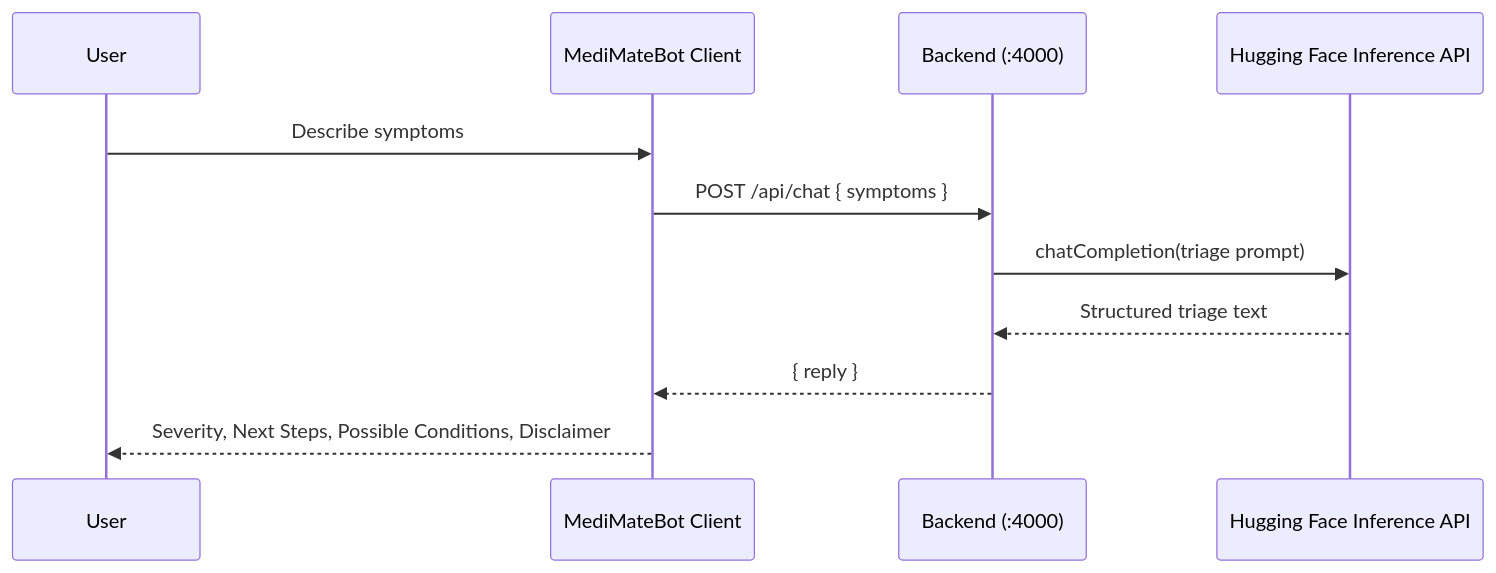
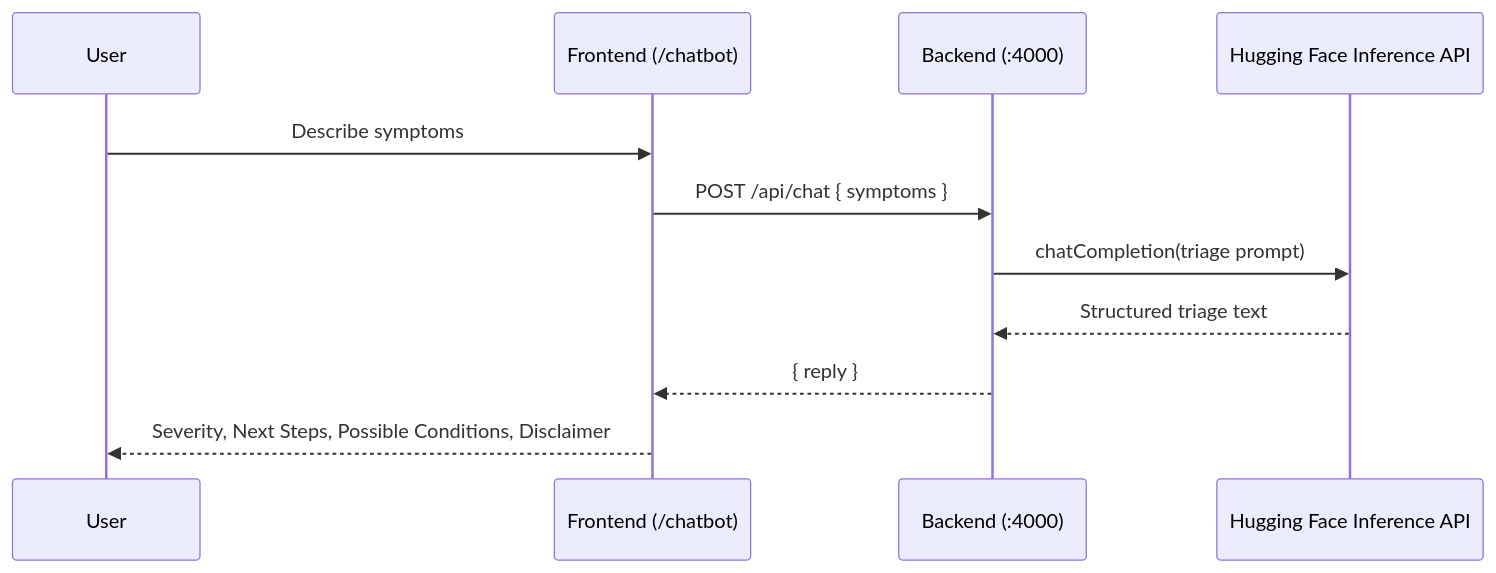
The second of 4 diagrams in README.md (coffeecookey/mediMate), drawn with Mermaid before and after one commit. The commit also changed other lines of this file and 36 other files, not shown here.

````diff
--- a/README.md
+++ b/README.md
@@ -135,14 +132,14 @@
 ```mermaid
 sequenceDiagram
     participant U as User
-    participant Bot as MediMateBot Client
+    participant FE as Frontend (/chatbot)
     participant API as Backend (:4000)
     participant G as Hugging Face Inference API
 
-    U->>Bot: Describe symptoms
-    Bot->>API: POST /api/chat { symptoms }
+    U->>FE: Describe symptoms
+    FE->>API: POST /api/chat { symptoms }
     API->>G: chatCompletion(triage prompt)
     G-->>API: Structured triage text
-    API-->>Bot: { reply }
-    Bot-->>U: Severity, Next Steps, Possible Conditions, Disclaimer
+    API-->>FE: { reply }
+    FE-->>U: Severity, Next Steps, Possible Conditions, Disclaimer
 ```
````
